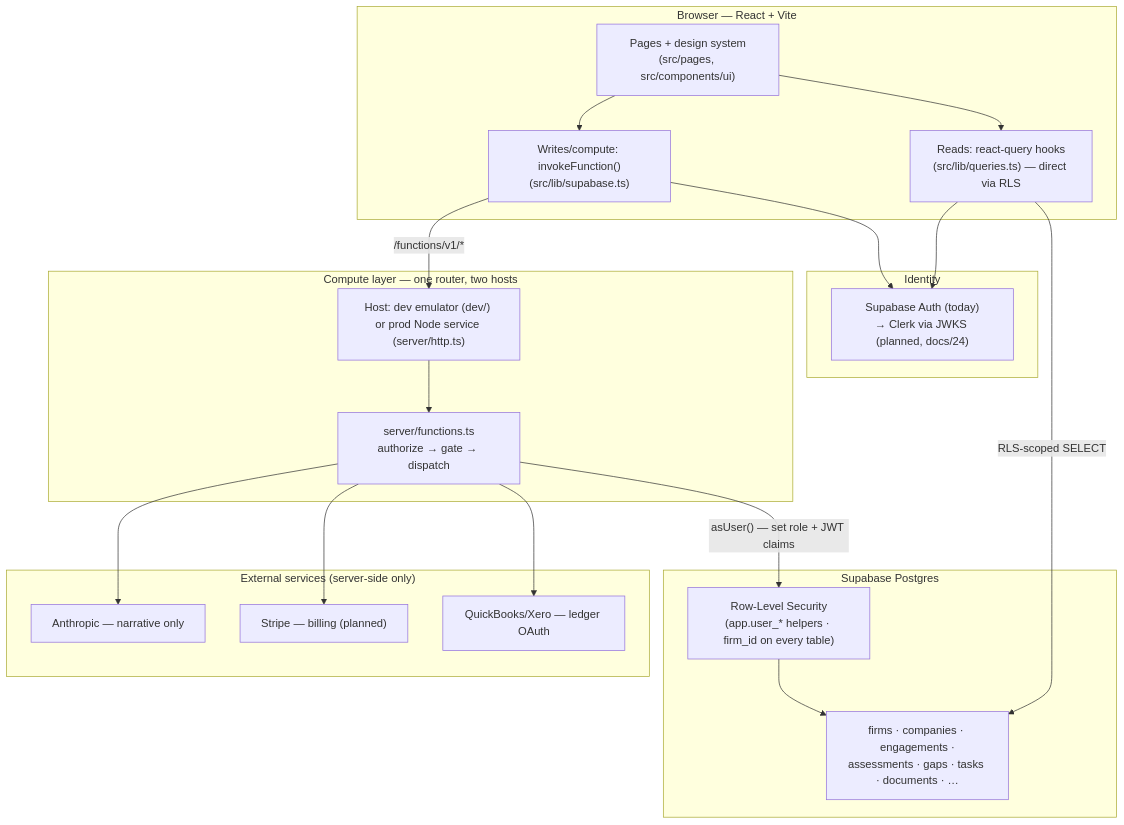
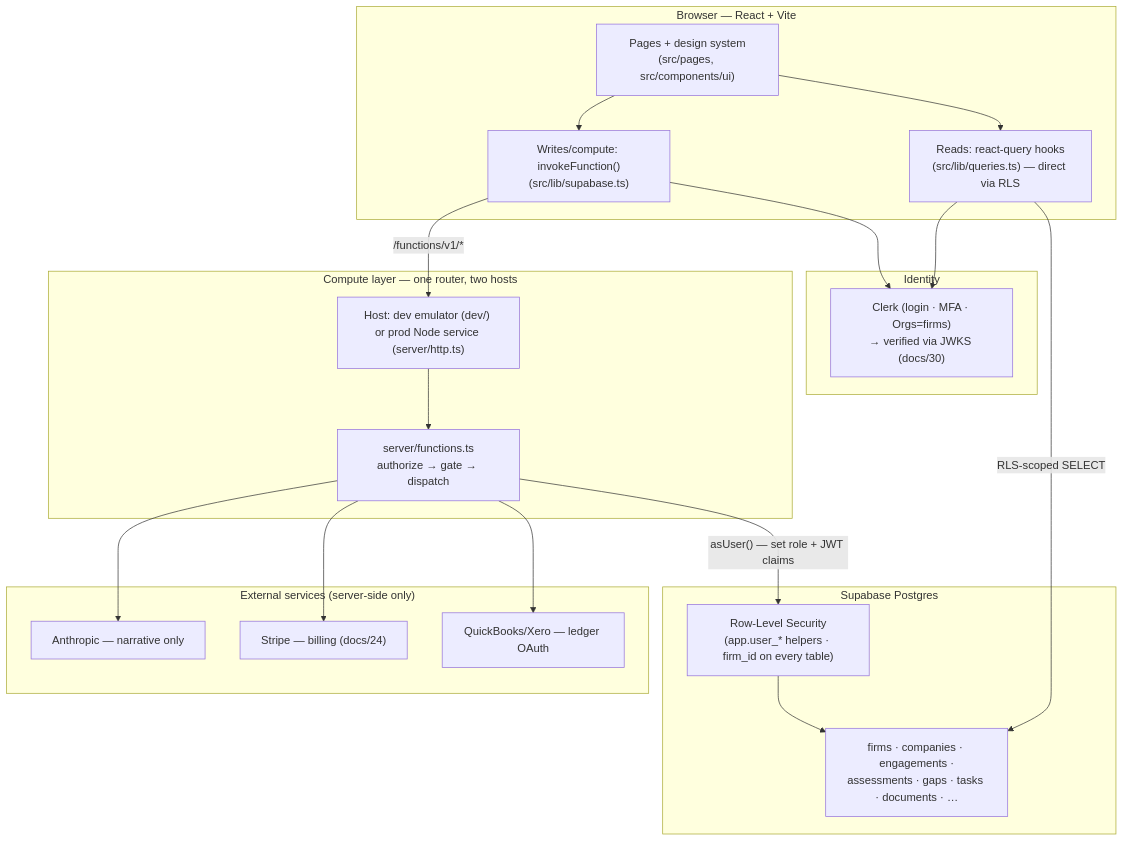
Before and after one commit to matthew-fsc/exitblueprint-mvp: the first of 6 diagrams in docs/28-architecture-map.md, drawn with Mermaid. The commit also changed other lines of this file and 57 other files, not shown here.

First line of the commit message:
docs: consolidate doc set, align roadmap, archive historical audits

````diff
--- a/docs/28-architecture-map.md
+++ b/docs/28-architecture-map.md
@@ -16,37 +17,37 @@
 ```mermaid
 flowchart TB
   subgraph Client["Browser — React + Vite"]
     UI["Pages + design system<br/>(src/pages, src/components/ui)"]
     Q["Reads: react-query hooks<br/>(src/lib/queries.ts) — direct via RLS"]
     INV["Writes/compute: invokeFunction()<br/>(src/lib/supabase.ts)"]
   end
 
   subgraph Auth["Identity"]
-    SB_AUTH["Supabase Auth (today)<br/>→ Clerk via JWKS (planned, docs/24)"]
+    SB_AUTH["Clerk (login · MFA · Orgs=firms)<br/>→ verified via JWKS (docs/30)"]
   end
 
   subgraph Compute["Compute layer — one router, two hosts"]
     ROUTER["server/functions.ts<br/>authorize → gate → dispatch"]
     HOST["Host: dev emulator (dev/) <br/>or prod Node service (server/http.ts)"]
   end
 
   subgraph Data["Supabase Postgres"]
     RLS["Row-Level Security<br/>(app.user_* helpers · firm_id on every table)"]
     TABLES["firms · companies · engagements ·<br/>assessments · gaps · tasks · documents · …"]
   end
 
   subgraph External["External services (server-side only)"]
     ANTH["Anthropic — narrative only"]
-    STRIPE["Stripe — billing (planned)"]
+    STRIPE["Stripe — billing (docs/24)"]
     LEDGER["QuickBooks/Xero — ledger OAuth"]
   end
 
   UI --> Q --> SB_AUTH
   UI --> INV --> SB_AUTH
   Q -->|"RLS-scoped SELECT"| TABLES
   INV -->|"/functions/v1/*"| HOST --> ROUTER
   ROUTER -->|"asUser() — set role + JWT claims"| RLS --> TABLES
   ROUTER --> ANTH
   ROUTER --> STRIPE
   ROUTER --> LEDGER
 ```
````
